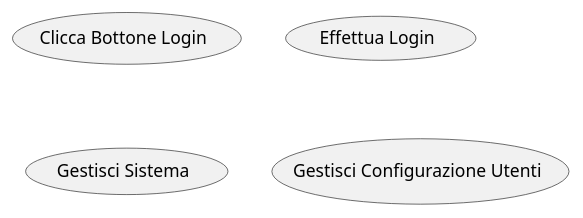
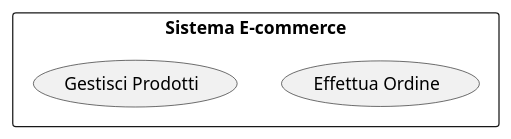
Before and after one commit to Seniorsimo/sas-template: the third of 5 diagrams in 03-behavioral-diagrams/use-case-diagrams/INSTRUCTIONS.md, drawn with PlantUML. The commit also changed other lines of this file and 9 other files, not shown here.

Commit message:
Refactor diagram instructions and templates

````diff
--- a/03-behavioral-diagrams/use-case-diagrams/INSTRUCTIONS.md
+++ b/03-behavioral-diagrams/use-case-diagrams/INSTRUCTIONS.md
@@ -142,13 +33,6 @@
-```plantuml
-' Troppo dettagliato
-usecase "Clicca Bottone Login"
-
-' Livello appropriato
-usecase "Effettua Login"
-
-' Troppo generico
-usecase "Gestisci Sistema"
-
-' Specifico ma completo
-usecase "Gestisci Configurazione Utenti"
-```
+    ```plantuml
+    rectangle "Sistema E-commerce" {
+      usecase "Effettua Ordine" as UCOrder
+      usecase "Gestisci Prodotti" as UCProducts
+    }
+    ```
````
